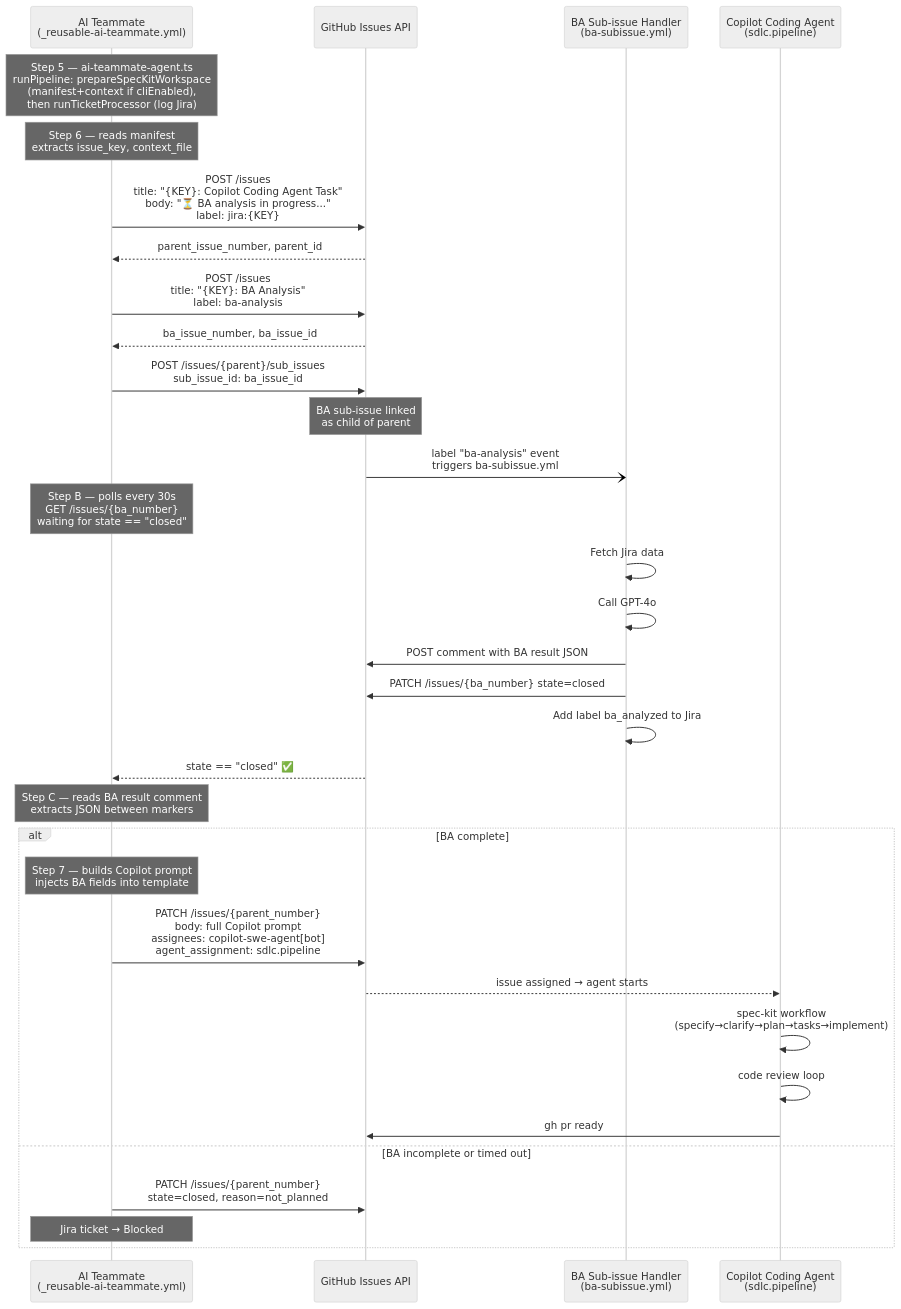
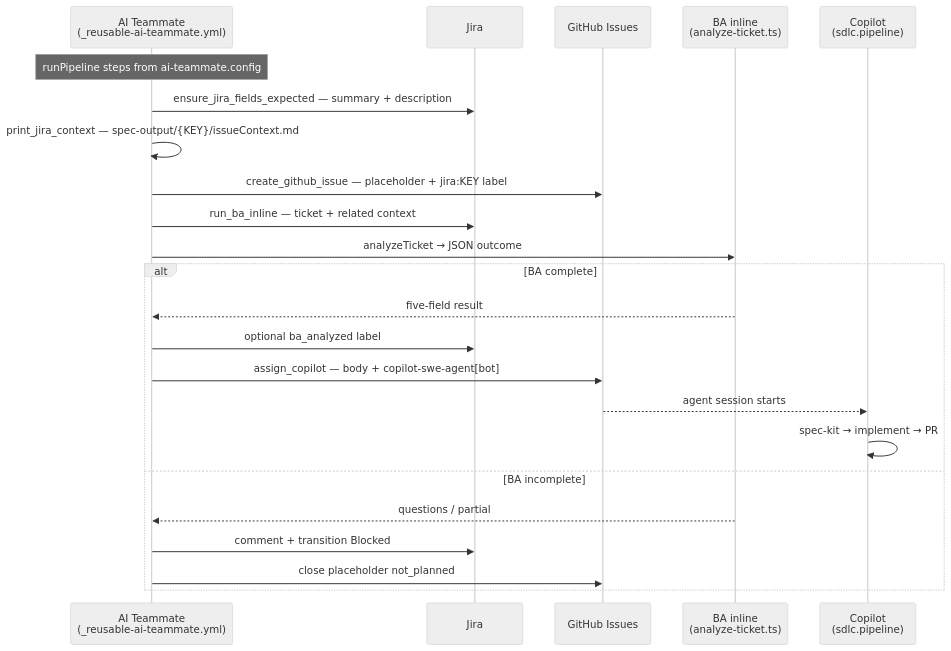
One commit to DmitryLukyanov/SDLCAgents changed the first of 3 diagrams in README.md. Above: the diagram before and after it, drawn with Mermaid (neutral theme). The commit also changed other lines of this file and 14 other files, not shown here.

````diff
--- a/README.md
+++ b/README.md
@@ -69,48 +71,27 @@
 ```mermaid
 sequenceDiagram
-    participant AT  as AI Teammate<br/>(_reusable-ai-teammate.yml)
-    participant GH  as GitHub Issues API
-    participant BA  as BA Sub-issue Handler<br/>(ba-subissue.yml)
-    participant COP as Copilot Coding Agent<br/>(sdlc.pipeline)
+    participant AT as AI Teammate<br/>(_reusable-ai-teammate.yml)
+    participant J as Jira
+    participant GH as GitHub Issues
+    participant LLM as BA inline<br/>(analyze-ticket.ts)
+    participant COP as Copilot<br/>(sdlc.pipeline)
 
-    Note over AT: Step 5 — ai-teammate-agent.ts<br/>runPipeline: prepareSpecKitWorkspace<br/>(manifest+context if cliEnabled),<br/>then runTicketProcessor (log Jira)
+    Note over AT: runPipeline steps from ai-teammate.config
 
-    Note over AT: Step 6 — reads manifest<br/>extracts issue_key, context_file
-
-    AT->>GH: POST /issues<br/>title: "{KEY}: Copilot Coding Agent Task"<br/>body: "⏳ BA analysis in progress..."<br/>label: jira:{KEY}
-    GH-->>AT: parent_issue_number, parent_id
-
-    AT->>GH: POST /issues<br/>title: "{KEY}: BA Analysis"<br/>label: ba-analysis
-    GH-->>AT: ba_issue_number, ba_issue_id
-
-    AT->>GH: POST /issues/{parent}/sub_issues<br/>sub_issue_id: ba_issue_id
-    Note over GH: BA sub-issue linked<br/>as child of parent
-
-    GH-)BA: label "ba-analysis" event<br/>triggers ba-subissue.yml
-
-    Note over AT: Step B — polls every 30s<br/>GET /issues/{ba_number}<br/>waiting for state == "closed"
-
-    BA->>BA: Fetch Jira data
-    BA->>BA: Call GPT-4o
-    BA->>GH: POST comment with BA result JSON
-    BA->>GH: PATCH /issues/{ba_number} state=closed
-    BA->>BA: Add label ba_analyzed to Jira
-
-    GH-->>AT: state == "closed" ✅
-
-    Note over AT: Step C — reads BA result comment<br/>extracts JSON between markers
-
+    AT->>J: ensure_jira_fields_expected — summary + description
+    AT->>AT: print_jira_context — spec-output/{KEY}/issueContext.md
+    AT->>GH: create_github_issue — placeholder + jira:KEY label
+    AT->>J: run_ba_inline — ticket + related context
+    AT->>LLM: analyzeTicket → JSON outcome
     alt BA complete
-        Note over AT: Step 7 — builds Copilot prompt<br/>injects BA fields into template
-
-        AT->>GH: PATCH /issues/{parent_number}<br/>body: full Copilot prompt<br/>assignees: copilot-swe-agent[bot]<br/>agent_assignment: sdlc.pipeline
-        GH-->>COP: issue assigned → agent starts
-
-        COP->>COP: spec-kit workflow<br/>(specify→clarify→plan→tasks→implement)
-        COP->>COP: code review loop
-        COP->>GH: gh pr ready
-    else BA incomplete or timed out
-        AT->>GH: PATCH /issues/{parent_number}<br/>state=closed, reason=not_planned
-        Note over AT: Jira ticket → Blocked
+        LLM-->>AT: five-field result
+        AT->>J: optional ba_analyzed label
+        AT->>GH: assign_copilot — body + copilot-swe-agent[bot]
+        GH-->>COP: agent session starts
+        COP->>COP: spec-kit → implement → PR
+    else BA incomplete
+        LLM-->>AT: questions / partial
+        AT->>J: comment + transition Blocked
+        AT->>GH: close placeholder not_planned
     end
 ```
````
